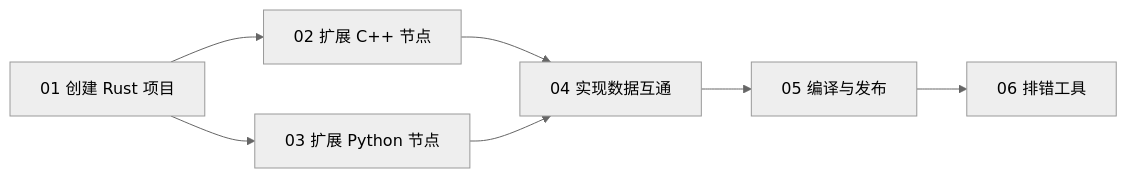
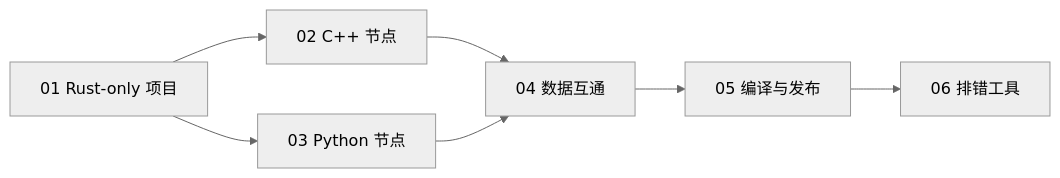
One commit to Robot-Exp-Platform/roplat-pages changed the diagram in docs/QuickStart/00 快速开始总览.md. Above: the diagram before and after it, drawn with Mermaid (neutral theme). The commit also changed other lines of this file and 24 other files, not shown here.

````diff
--- a/docs/QuickStart/00 快速开始总览.md
+++ b/docs/QuickStart/00 快速开始总览.md
@@ -35,9 +30,9 @@
 ```mermaid
-graph LR
-    A["01 创建 Rust 项目"] --> B["02 扩展 C++ 节点"]
-    A --> C["03 扩展 Python 节点"]
-    B --> D["04 实现数据互通"]
+flowchart LR
+    A["01 Rust-only 项目"] --> B["02 C++ 节点"]
+    A --> C["03 Python 节点"]
+    B --> D["04 数据互通"]
     C --> D
     D --> E["05 编译与发布"]
     E --> F["06 排错工具"]
 ```
````
